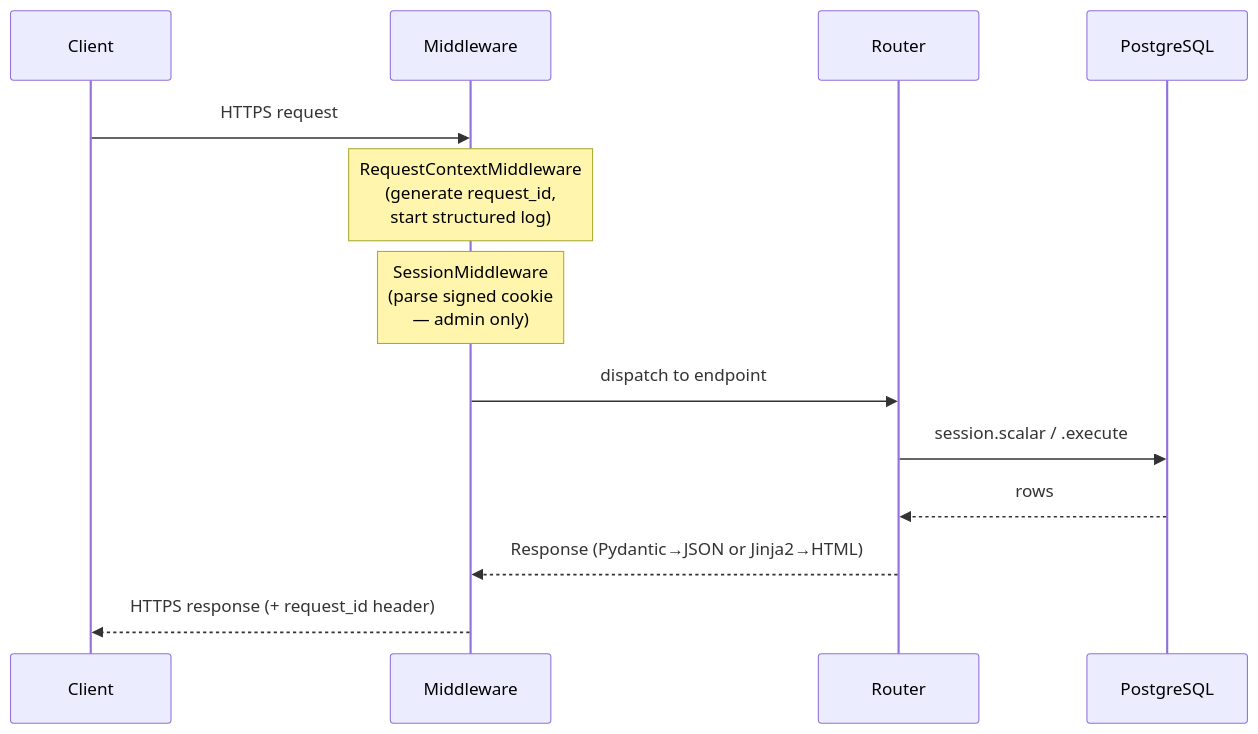
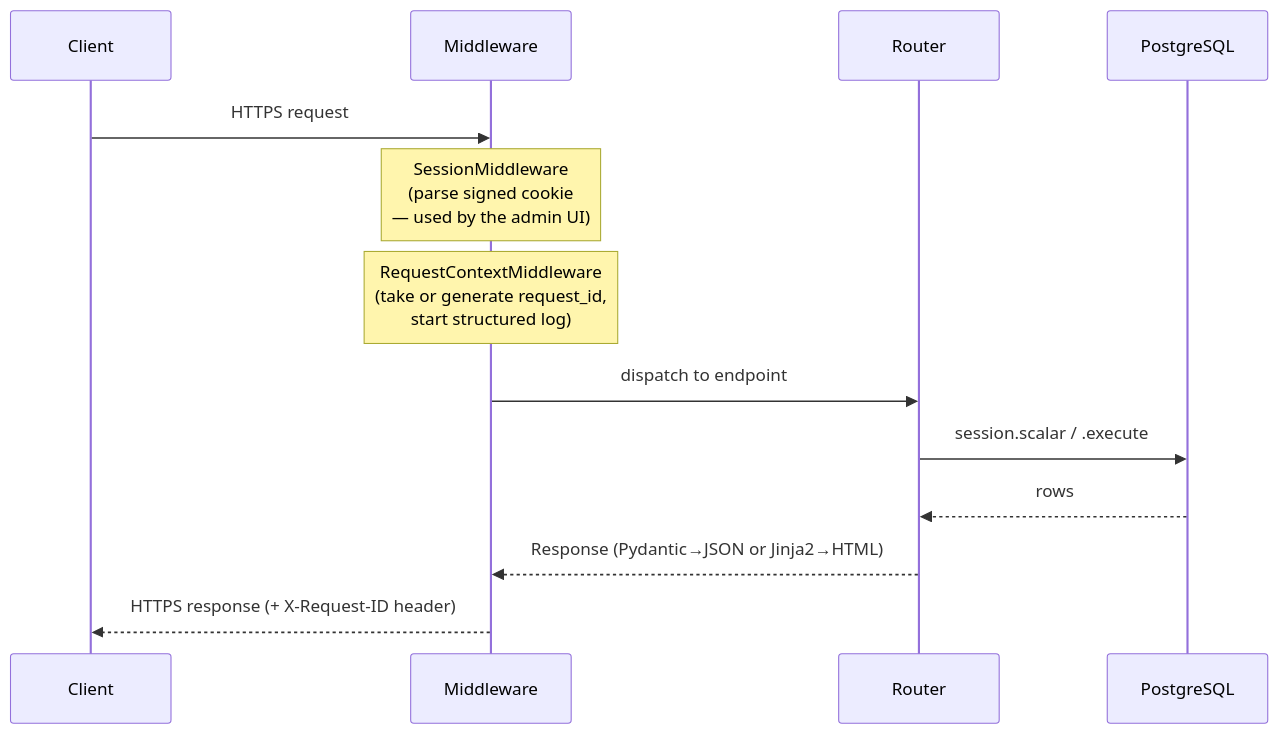
Before and after one commit to VisIVOLab/SKAVA: the second of 3 diagrams in docs/architecture/overview.md, drawn with Mermaid. The commit also changed other lines of this file and 95 other files, not shown here.

````diff
--- a/docs/architecture/overview.md
+++ b/docs/architecture/overview.md
@@ -78,16 +105,16 @@
 ```{mermaid}
 sequenceDiagram
     participant C as Client
     participant M as Middleware
     participant R as Router
     participant DB as PostgreSQL
 
     C->>M: HTTPS request
-    Note over M: RequestContextMiddleware<br/>(generate request_id,<br/>start structured log)
-    Note over M: SessionMiddleware<br/>(parse signed cookie<br/>— admin only)
+    Note over M: SessionMiddleware<br/>(parse signed cookie<br/>— used by the admin UI)
+    Note over M: RequestContextMiddleware<br/>(take or generate request_id,<br/>start structured log)
     M->>R: dispatch to endpoint
     R->>DB: session.scalar / .execute
     DB-->>R: rows
     R-->>M: Response (Pydantic→JSON or Jinja2→HTML)
-    M-->>C: HTTPS response (+ request_id header)
+    M-->>C: HTTPS response (+ X-Request-ID header)
 ```
````
